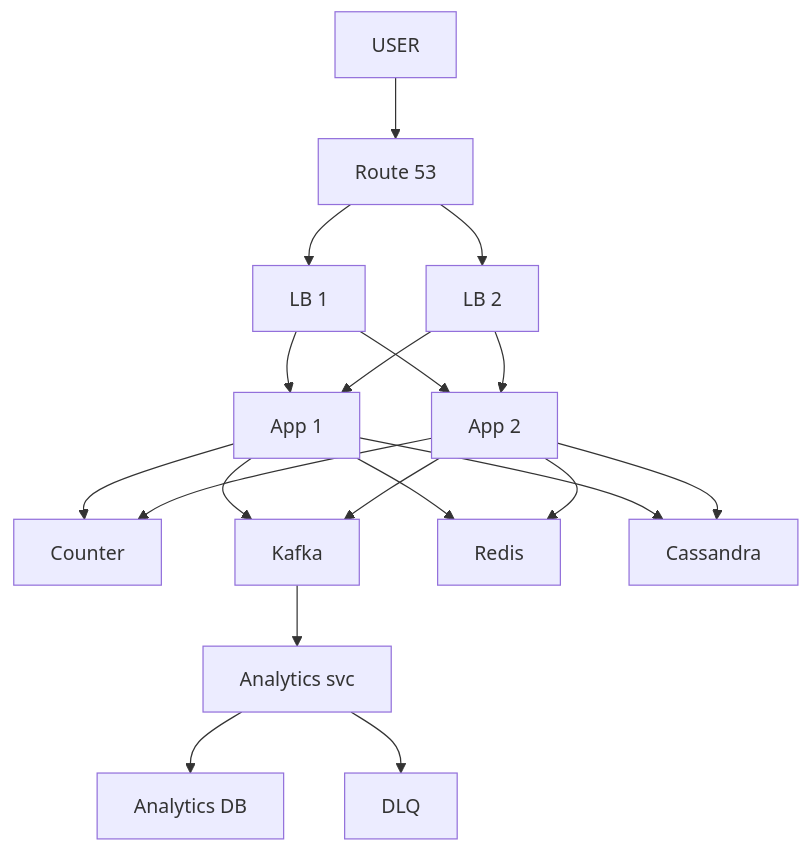
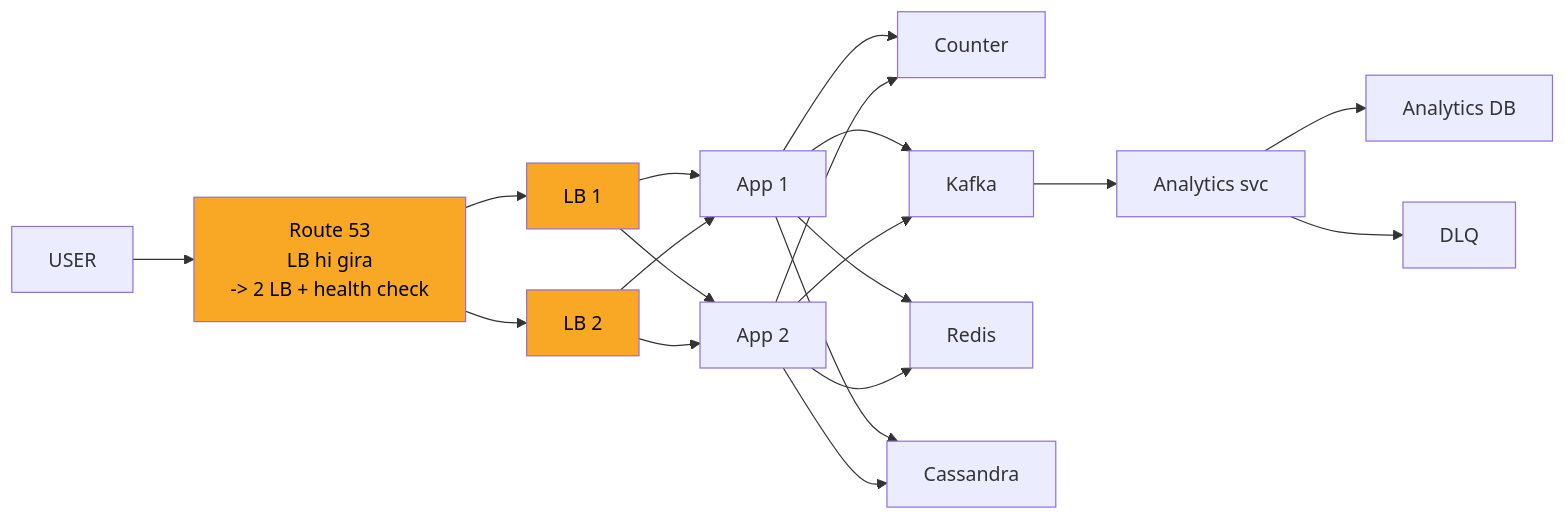
Before and after one commit to ArpanMaheshwari144/Prep: the eighth of 10 diagrams in 04_HLD/SYSTEM_DESIGNS/01_url_shortener/01_url_shortener.md, drawn with Mermaid. The commit also changed other lines of this file and 2 other files, not shown here.

Commit message:
url shortener, rate limiter, twitter: one-day story, short cards, follow-ups with rules, highlighted diagrams

````diff
--- a/04_HLD/SYSTEM_DESIGNS/01_url_shortener/01_url_shortener.md
+++ b/04_HLD/SYSTEM_DESIGNS/01_url_shortener/01_url_shortener.md
@@ -428,34 +367,37 @@
 ```mermaid
-flowchart TD
+flowchart LR
     n_USER["USER"]
-    n_Route_53["Route 53"]
+    n_Route_53["Route 53<br/>LB hi gira<br/>-> 2 LB + health check"]
     n_LB_1["LB 1"]
     n_LB_2["LB 2"]
     n_App_x_N_1["App 1"]
     n_App_x_N_2["App 2"]
     n_Counter["Counter"]
     n_Kafka["Kafka"]
     n_Analytics_svc["Analytics svc"]
     n_Analytics_DB["Analytics DB"]
     n_DLQ["DLQ"]
     n_Redis["Redis"]
     n_Cassandra["Cassandra"]
     n_USER --> n_Route_53
     n_Route_53 --> n_LB_1
     n_Route_53 --> n_LB_2
     n_LB_1 --> n_App_x_N_1
     n_LB_1 --> n_App_x_N_2
     n_LB_2 --> n_App_x_N_1
     n_LB_2 --> n_App_x_N_2
     n_App_x_N_1 --> n_Counter
     n_App_x_N_2 --> n_Counter
     n_App_x_N_1 --> n_Kafka
     n_App_x_N_2 --> n_Kafka
     n_App_x_N_1 --> n_Redis
     n_App_x_N_2 --> n_Redis
     n_Kafka --> n_Analytics_svc
     n_Analytics_svc --> n_Analytics_DB
     n_App_x_N_1 --> n_Cassandra
     n_App_x_N_2 --> n_Cassandra
     n_Analytics_svc --> n_DLQ
+    style n_Route_53 fill:#f9a825,color:#000
+    style n_LB_1 fill:#f9a825,color:#000
+    style n_LB_2 fill:#f9a825,color:#000
 ```
````
